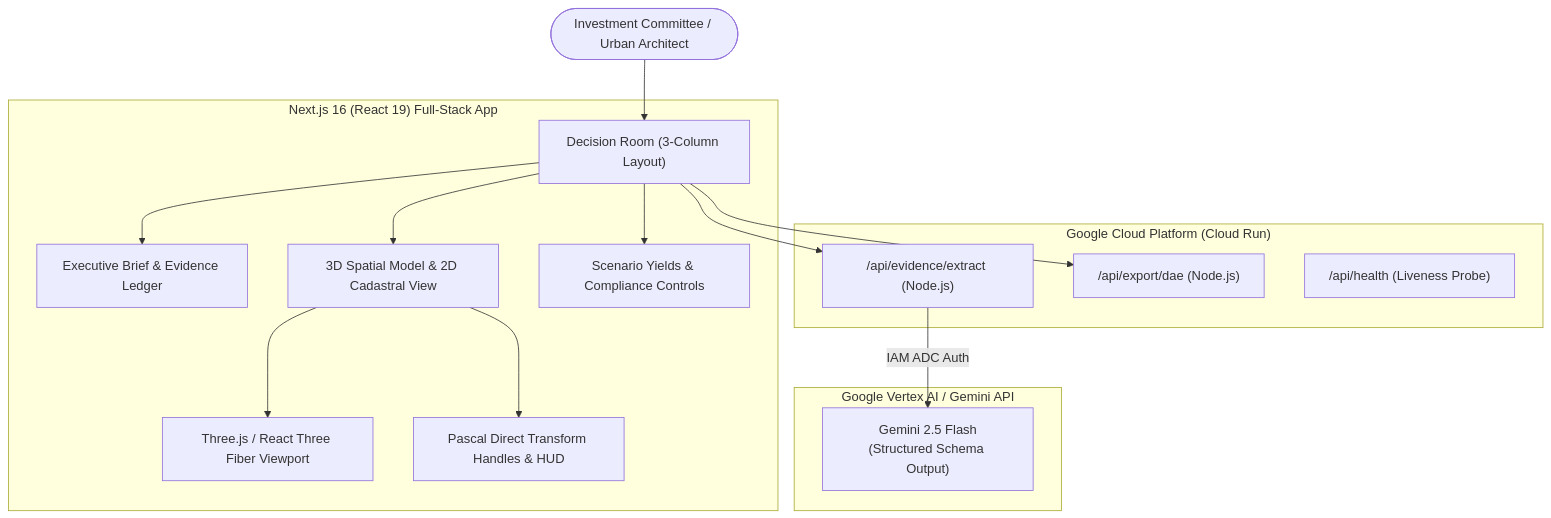
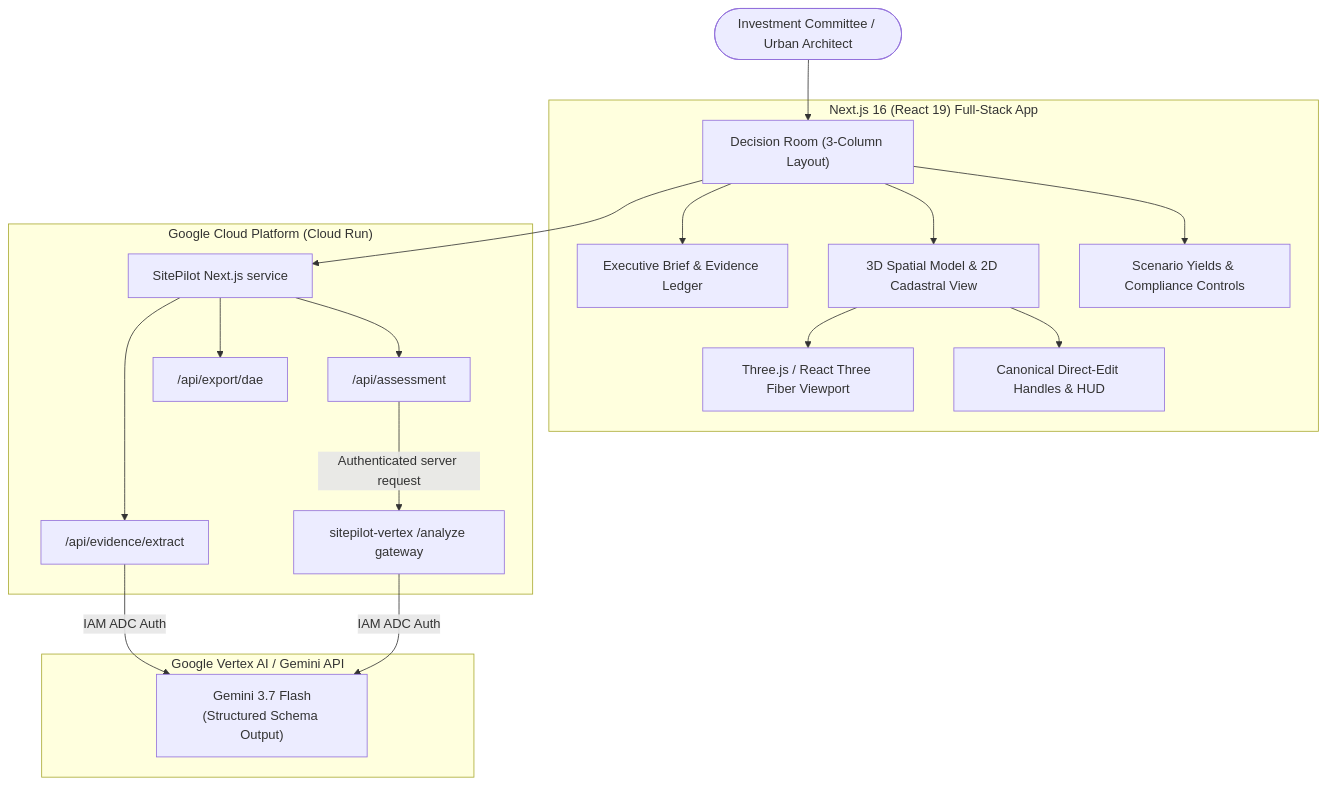
Before and after one commit to spotty21201/sitepilot: the diagram in README.md, drawn with Mermaid. The commit also changed other lines of this file and 10 other files, not shown here.

````diff
--- a/README.md
+++ b/README.md
@@ -12,26 +12,32 @@
 ```mermaid
 graph TD
   User([Investment Committee / Urban Architect]) --> UI["Decision Room (3-Column Layout)"]
   
   subgraph Frontend ["Next.js 16 (React 19) Full-Stack App"]
     UI --> LeftCol["Executive Brief & Evidence Ledger"]
     UI --> CenterCol["3D Spatial Model & 2D Cadastral View"]
     UI --> RightCol["Scenario Yields & Compliance Controls"]
     CenterCol --> ThreeJS["Three.js / React Three Fiber Viewport"]
-    CenterCol --> PascalHandles["Pascal Direct Transform Handles & HUD"]
+    CenterCol --> EditHandles["Canonical Direct-Edit Handles & HUD"]
   end
 
   subgraph CloudRun ["Google Cloud Platform (Cloud Run)"]
-    API_Extract["/api/evidence/extract (Node.js)"]
-    API_Export["/api/export/dae (Node.js)"]
-    API_Health["/api/health (Liveness Probe)"]
+    App["SitePilot Next.js service"]
+    API_Extract["/api/evidence/extract"]
+    API_Assess["/api/assessment"]
+    API_Export["/api/export/dae"]
+    Gateway["sitepilot-vertex /analyze gateway"]
   end
 
   subgraph GoogleAI ["Google Vertex AI / Gemini API"]
-    VertexAI["Gemini 2.5 Flash<br/>(Structured Schema Output)"]
+    VertexAI["Gemini 3.7 Flash<br/>(Structured Schema Output)"]
   end
 
-  UI --> API_Extract
-  UI --> API_Export
+  UI --> App
+  App --> API_Extract
+  App --> API_Assess
+  App --> API_Export
   API_Extract -->|IAM ADC Auth| VertexAI
+  API_Assess -->|Authenticated server request| Gateway
+  Gateway -->|IAM ADC Auth| VertexAI
 ```
````
